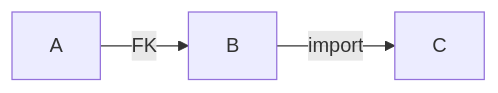
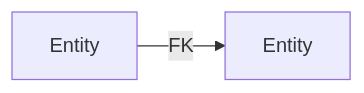
One commit to toonvanvr/prompt-engineering changed the diagram in agents/compiled/researcher.agent.md. Above: the diagram before and after it, drawn with Mermaid. The commit also changed other lines of this file and 24 other files, not shown here.

````diff
--- a/agents/compiled/researcher.agent.md
+++ b/agents/compiled/researcher.agent.md
@@ -112,4 +93,4 @@
 ```mermaid
 graph LR
-    A -->|FK| B -->|import| C
+    A[Entity] -->|FK| B[Entity]
 ```
````
